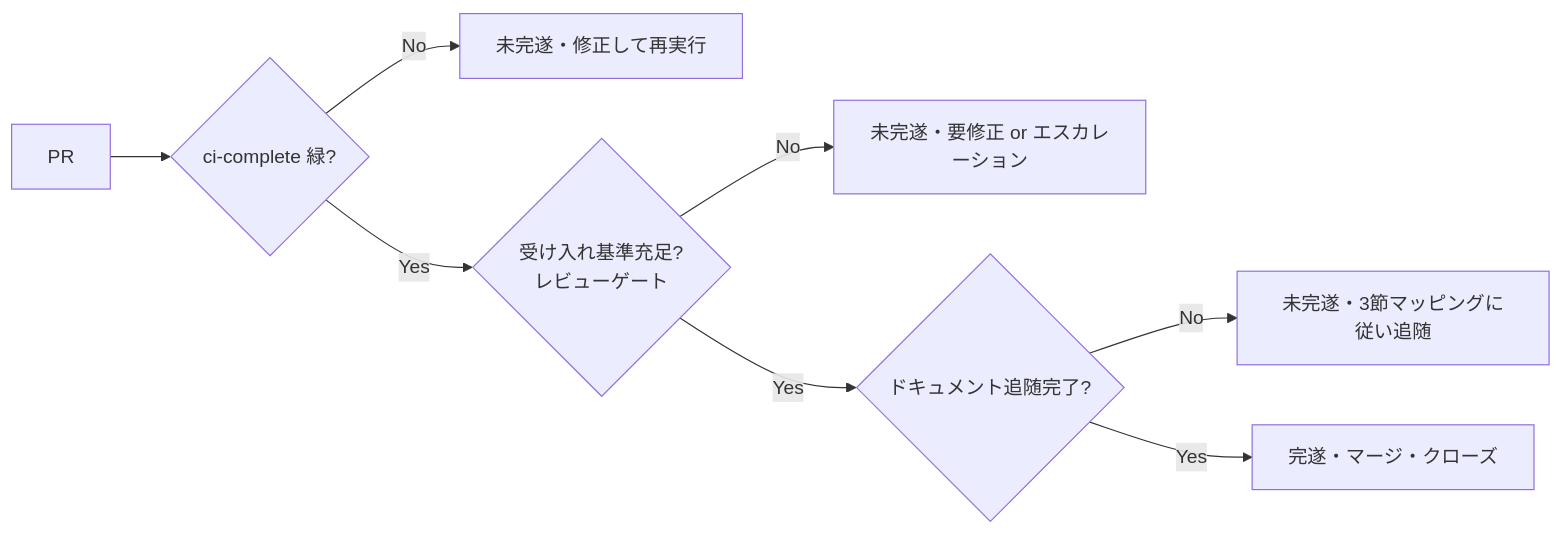
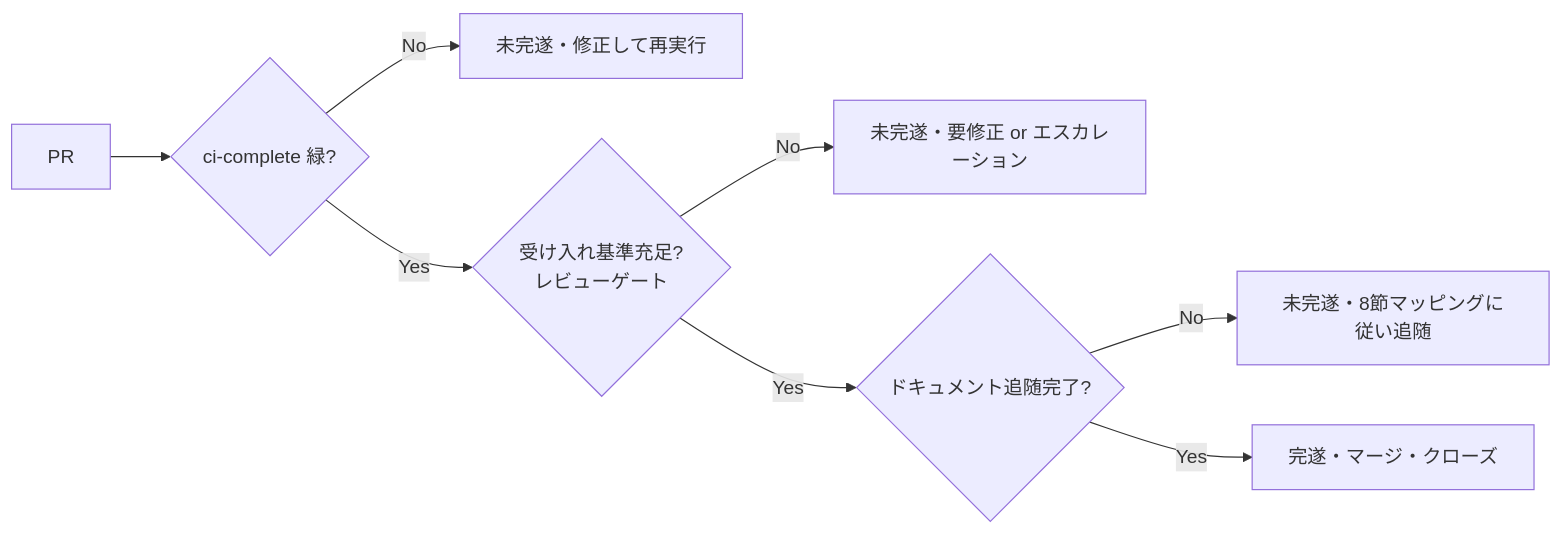
Before and after one commit to Fandhe-AI/fandhe-backend: the second of 2 diagrams in docs/design/feature-modification-flow.md, drawn with Mermaid. The commit also changed other lines of this file and 8 other files, not shown here.

````diff
--- a/docs/design/feature-modification-flow.md
+++ b/docs/design/feature-modification-flow.md
@@ -123,10 +205,10 @@
 ```mermaid
 flowchart LR
-    G[PR] --> H1{ci-complete 緑?}
+    I[PR] --> H1{ci-complete 緑?}
     H1 -->|No| X1[未完遂・修正して再実行]
     H1 -->|Yes| H2{受け入れ基準充足?<br/>レビューゲート}
     H2 -->|No| X2[未完遂・要修正 or エスカレーション]
     H2 -->|Yes| H3{ドキュメント追随完了?}
-    H3 -->|No| X3[未完遂・3節マッピングに従い追随]
-    H3 -->|Yes| I[完遂・マージ・クローズ]
+    H3 -->|No| X3[未完遂・8節マッピングに従い追随]
+    H3 -->|Yes| K[完遂・マージ・クローズ]
 ```
````
